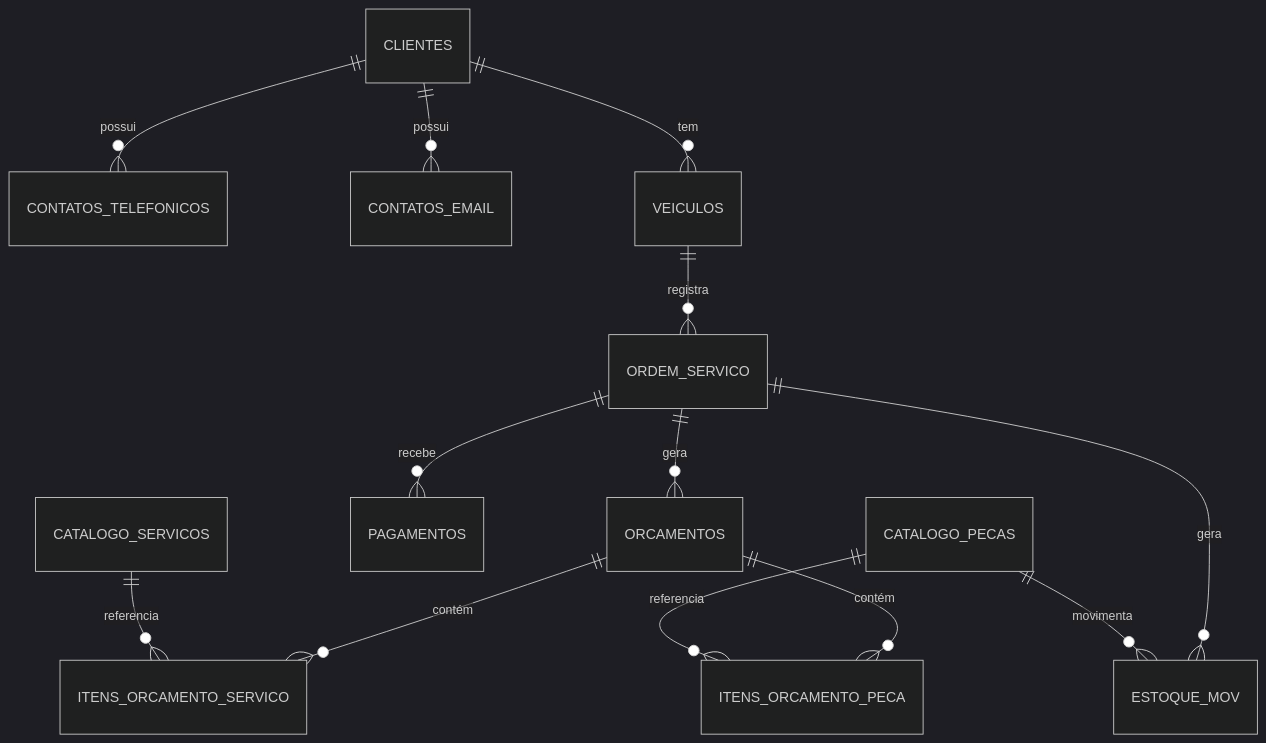
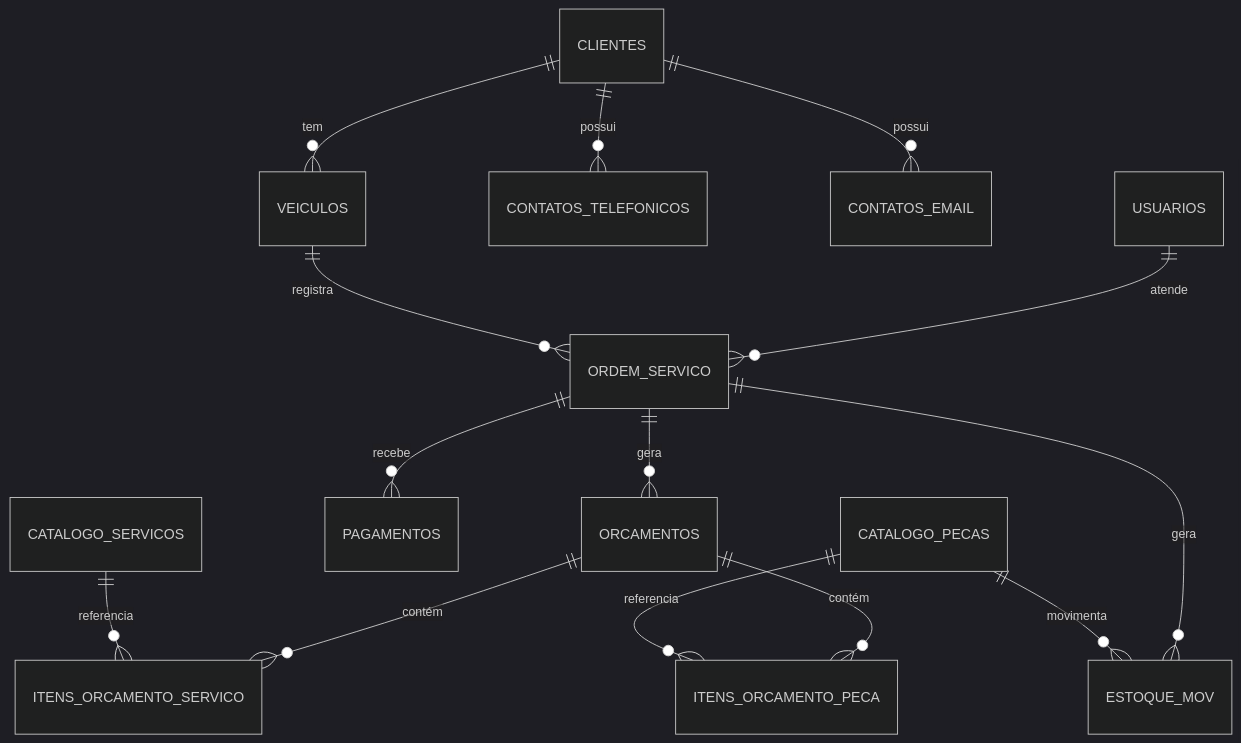
The first of 2 diagrams in README.md (marquesclayton/ads3.n2.oficina), drawn with Mermaid (dark theme) before and after one commit. The commit also changed other lines of this file, not shown here.

`````diff
--- a/README.md
+++ b/README.md
@@ -33,16 +41,16 @@
 ```mermaid
 erDiagram
+    USUARIOS ||--o{ ORDEM_SERVICO : "atende"
     CLIENTES ||--o{ CONTATOS_TELEFONICOS : "possui"
     CLIENTES ||--o{ CONTATOS_EMAIL : "possui"
     CLIENTES ||--o{ VEICULOS : "tem"
     VEICULOS ||--o{ ORDEM_SERVICO : "registra"
     ORDEM_SERVICO ||--o{ ORCAMENTOS : "gera"
     ORDEM_SERVICO ||--o{ ESTOQUE_MOV : "gera"
     ORDEM_SERVICO ||--o{ PAGAMENTOS : "recebe"
     ORCAMENTOS ||--o{ ITENS_ORCAMENTO_SERVICO : "contém"
     ORCAMENTOS ||--o{ ITENS_ORCAMENTO_PECA : "contém"
     CATALOGO_SERVICOS ||--o{ ITENS_ORCAMENTO_SERVICO : "referencia"
     CATALOGO_PECAS ||--o{ ITENS_ORCAMENTO_PECA : "referencia"
     CATALOGO_PECAS ||--o{ ESTOQUE_MOV : "movimenta"
-
 ````
`````
